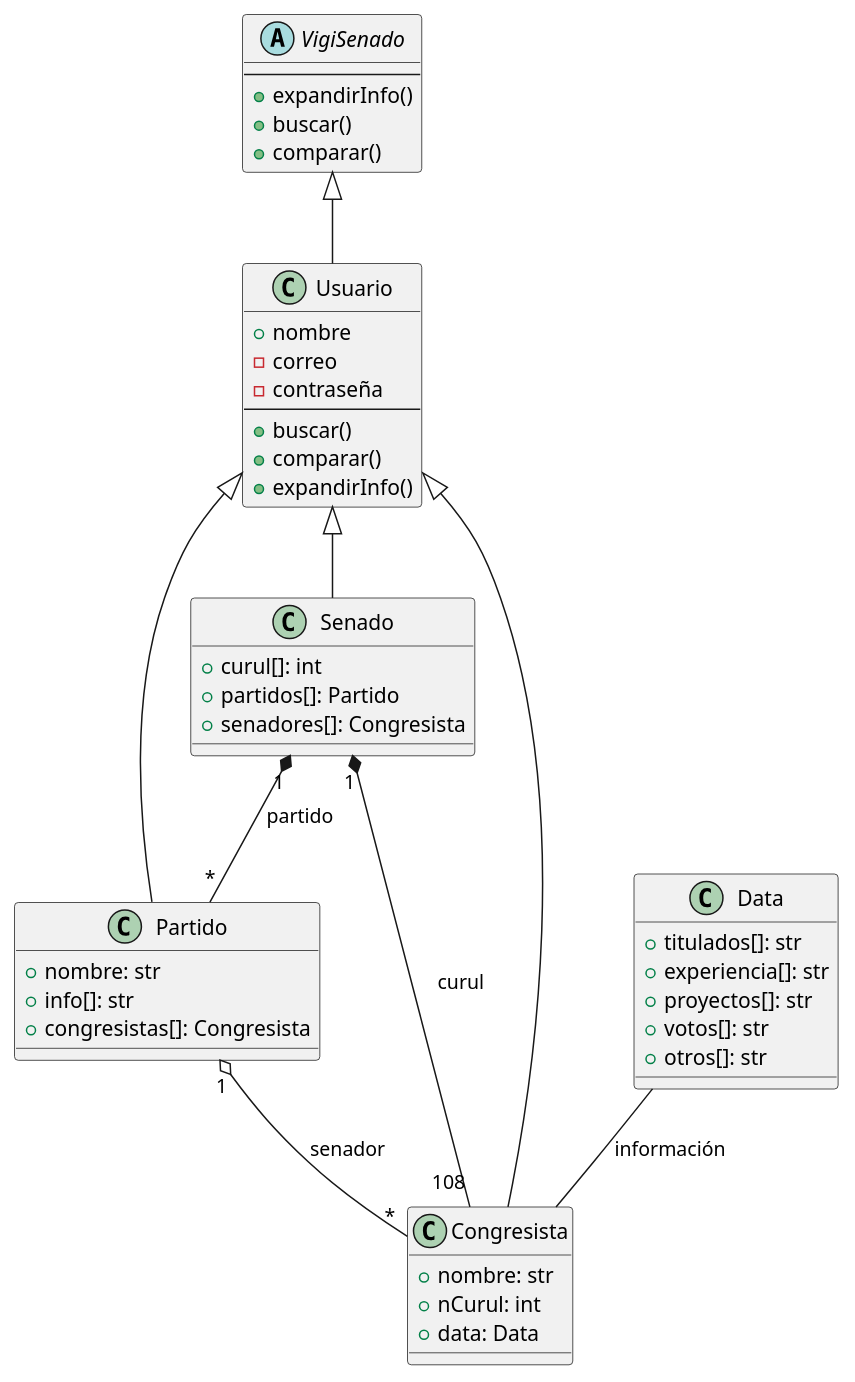
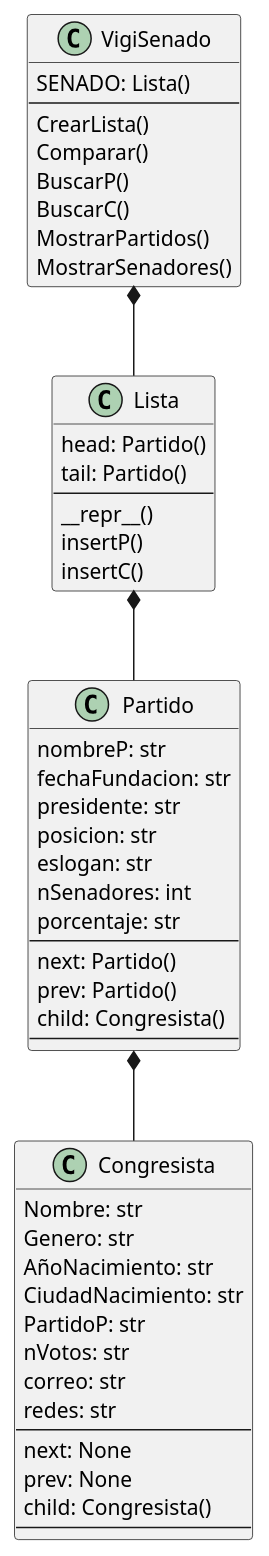
The diagram in ClassDiagram.puml (FernandoMVG/Vigi_senado), drawn with PlantUML before and after one commit.

```diff
--- a/ClassDiagram.puml
+++ b/ClassDiagram.puml
@@ -1,59 +1,59 @@
 @startuml
 
-abstract class VigiSenado{
+class VigiSenado{
+SENADO: Lista()
 ----
-+expandirInfo()
-+buscar()
-+comparar()
+CrearLista()
+Comparar()
+BuscarP()
+BuscarC()
+MostrarPartidos()
+MostrarSenadores()
 }
 
-class Usuario{
-+nombre
--correo
--contraseña
+class Congresista{
+Nombre: str
+Genero: str
+AñoNacimiento: str
+CiudadNacimiento: str
+PartidoP: str
+nVotos: str
+correo: str
+redes: str
 ----
-+buscar()
-+comparar()
-+expandirInfo()
-}
-
-class Senado{
-+curul[]: int
-+partidos[]: Partido
-+senadores[]: Congresista
+next: None
+prev: None
+child: Congresista()
+----
 }
 
 class Partido{
-+nombre: str
-+info[]: str
-+congresistas[]: Congresista
+nombreP: str
+fechaFundacion: str
+presidente: str
+posicion: str
+eslogan: str
+nSenadores: int
+porcentaje: str
+----
+next: Partido()
+prev: Partido()
+child: Congresista()
+----
 }
 
-class Congresista{
-+nombre: str
-+nCurul: int
-+data: Data
+class Lista{
+head: Partido()
+tail: Partido()
+----
+__repr__()
+insertP()
+insertC()
 }
 
-class Data{
-+titulados[]: str
-+experiencia[]: str
-+proyectos[]: str
-+votos[]: str
-+otros[]: str
-}
+VigiSenado *-- Lista
 
-VigiSenado<|-- Usuario
-
-Usuario<|-- Senado
-Usuario<|-- Partido
-Usuario<|-- Congresista
-
-Senado "1" *-- "*" Partido: partido
-Senado "1" *-- "108" Congresista: curul
-
-Partido"1" o-- "*"Congresista: senador
-
-Data--Congresista: información
+Lista *-- Partido
+Partido *-- Congresista
 
 @enduml
```
